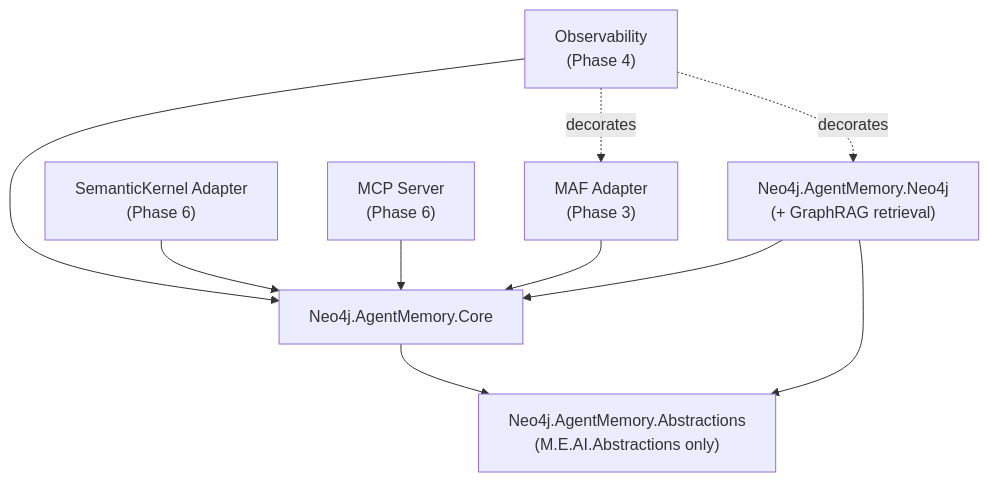
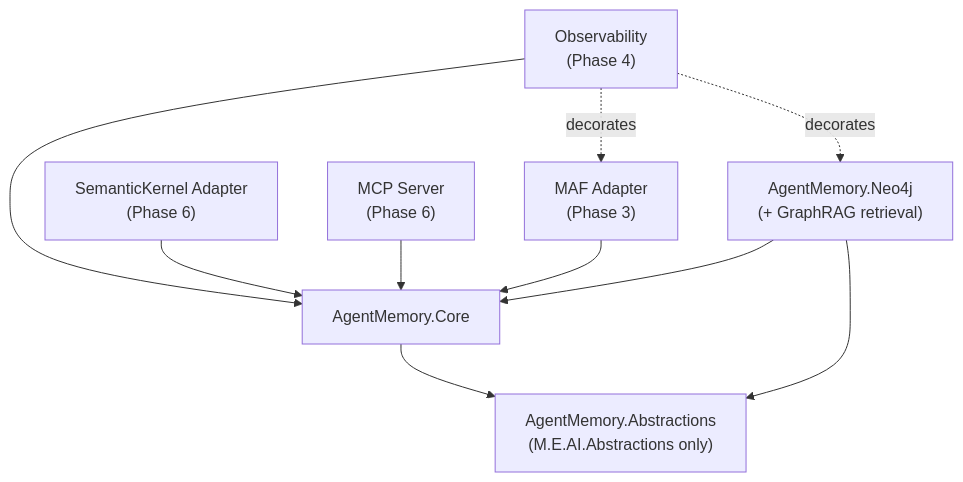
The first of 2 diagrams in docs/architecture.md (joslat/agent-memory-dotnet), drawn with Mermaid before and after one commit. The commit also changed other lines of this file and 956 other files, not shown here.

First line of the commit message:
chore: rename all packages from Neo4j.AgentMemory.* to AgentMemory.*

````diff
--- a/docs/architecture.md
+++ b/docs/architecture.md
@@ -108,13 +108,13 @@
 ```mermaid
 graph TD
     MAF["MAF Adapter<br/>(Phase 3)"] --> Core
     SK["SemanticKernel Adapter<br/>(Phase 6)"] --> Core
     OBS["Observability<br/>(Phase 4)"] --> Core
     MCP["MCP Server<br/>(Phase 6)"] --> Core
-    Neo4j["Neo4j.AgentMemory.Neo4j<br/>(+ GraphRAG retrieval)"] --> Core
+    Neo4j["AgentMemory.Neo4j<br/>(+ GraphRAG retrieval)"] --> Core
     Neo4j --> Abs
-    Core["Neo4j.AgentMemory.Core"] --> Abs
-    Abs["Neo4j.AgentMemory.Abstractions<br/>(M.E.AI.Abstractions only)"]
+    Core["AgentMemory.Core"] --> Abs
+    Abs["AgentMemory.Abstractions<br/>(M.E.AI.Abstractions only)"]
     OBS -. decorates .-> MAF
     OBS -. decorates .-> Neo4j
 ```
````
